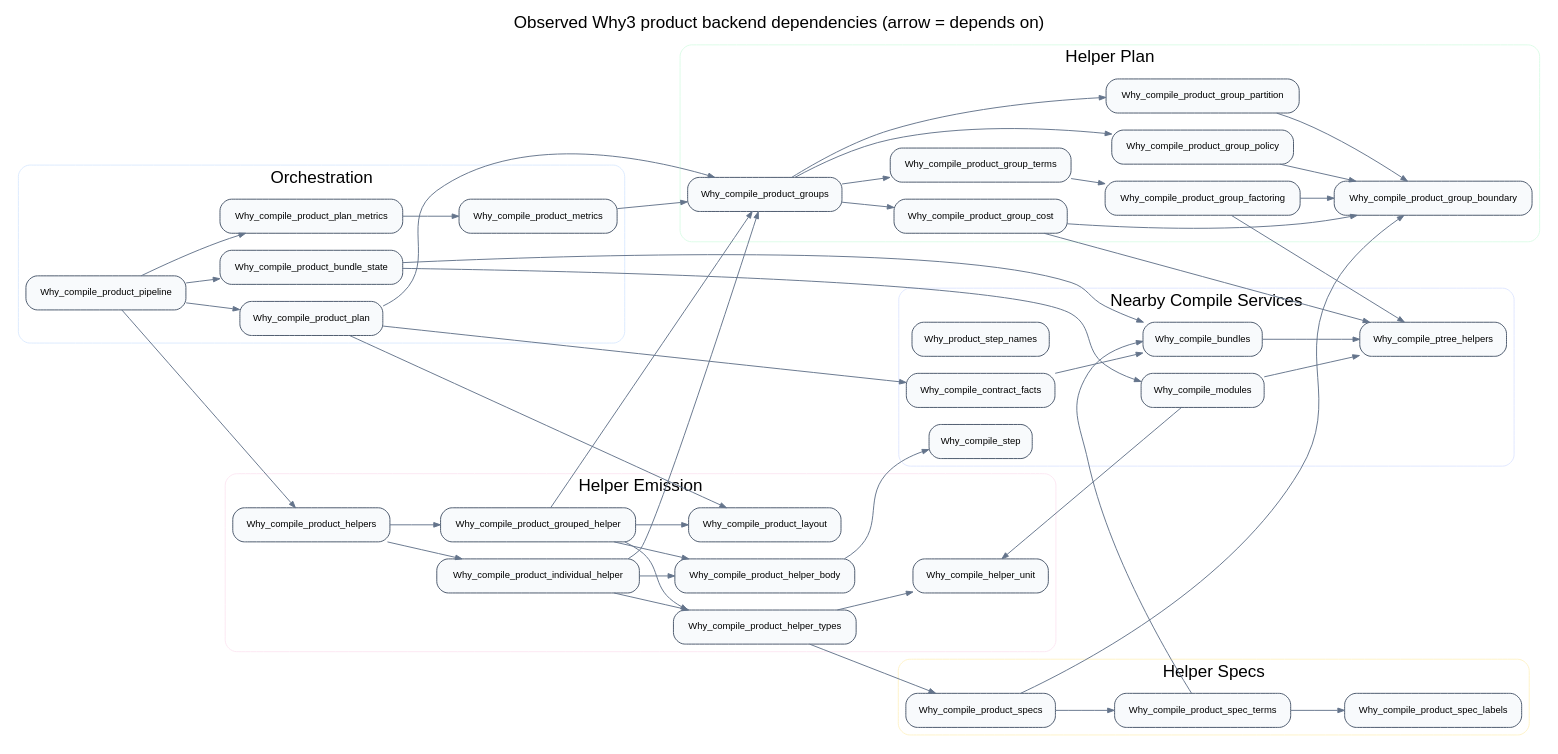
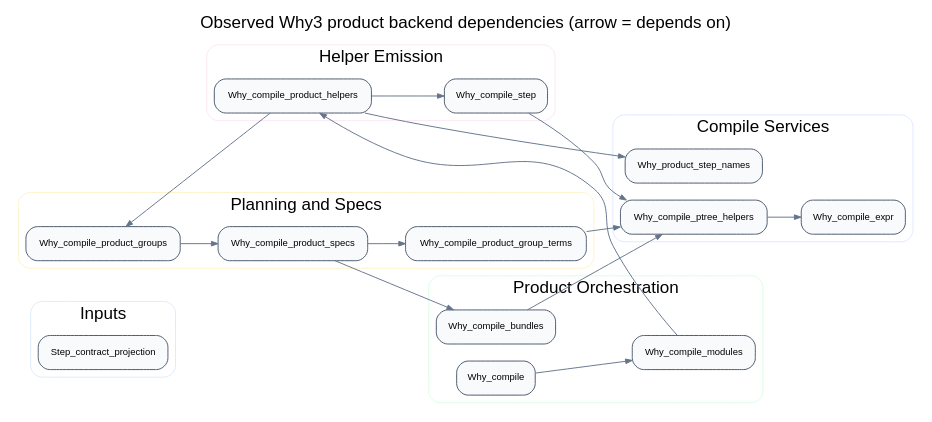
The diagram in docs/architecture/observed/why3-product-backend.dot (DabrowskiFr/Kairos), drawn with Graphviz before and after one commit. The commit also changed 15 other files, not shown here.

Commit message:
Document simplified verification architecture

```diff
--- a/docs/architecture/observed/why3-product-backend.dot
+++ b/docs/architecture/observed/why3-product-backend.dot
@@ -1,119 +1,73 @@
 digraph "why3_product_backend" {
   graph [
     rankdir=LR,
     label="Observed Why3 product backend dependencies (arrow = depends on)",
     labelloc=t,
     fontname="Helvetica",
     fontsize=18,
     compound=true,
     bgcolor="white"
   ];
   node [shape=box, style="rounded,filled", fontname="Helvetica", fontsize=10, fillcolor="#f8fafc", color="#475569"];
   edge [fontname="Helvetica", fontsize=9, color="#64748b", arrowsize=0.7];
 
   subgraph cluster_0 {
-    label="Orchestration";
+    label="Inputs";
     style="rounded,filled";
     color="#dbeafe";
     fillcolor="#ffffff";
-    "Why_compile_product_pipeline" [label="Why_compile_product_pipeline"];
-    "Why_compile_product_bundle_state" [label="Why_compile_product_bundle_state"];
-    "Why_compile_product_plan" [label="Why_compile_product_plan"];
-    "Why_compile_product_plan_metrics" [label="Why_compile_product_plan_metrics"];
-    "Why_compile_product_metrics" [label="Why_compile_product_metrics"];
+    "Step_contract_projection" [label="Step_contract_projection"];
   }
 
   subgraph cluster_1 {
-    label="Helper Plan";
+    label="Product Orchestration";
     style="rounded,filled";
     color="#dcfce7";
     fillcolor="#ffffff";
-    "Why_compile_product_groups" [label="Why_compile_product_groups"];
-    "Why_compile_product_group_partition" [label="Why_compile_product_group_partition"];
-    "Why_compile_product_group_policy" [label="Why_compile_product_group_policy"];
-    "Why_compile_product_group_terms" [label="Why_compile_product_group_terms"];
-    "Why_compile_product_group_factoring" [label="Why_compile_product_group_factoring"];
-    "Why_compile_product_group_cost" [label="Why_compile_product_group_cost"];
-    "Why_compile_product_group_boundary" [label="Why_compile_product_group_boundary"];
+    "Why_compile" [label="Why_compile"];
+    "Why_compile_bundles" [label="Why_compile_bundles"];
+    "Why_compile_modules" [label="Why_compile_modules"];
   }
 
   subgraph cluster_2 {
-    label="Helper Specs";
+    label="Planning and Specs";
     style="rounded,filled";
     color="#fef3c7";
     fillcolor="#ffffff";
+    "Why_compile_product_groups" [label="Why_compile_product_groups"];
+    "Why_compile_product_group_terms" [label="Why_compile_product_group_terms"];
     "Why_compile_product_specs" [label="Why_compile_product_specs"];
-    "Why_compile_product_spec_terms" [label="Why_compile_product_spec_terms"];
-    "Why_compile_product_spec_labels" [label="Why_compile_product_spec_labels"];
   }
 
   subgraph cluster_3 {
     label="Helper Emission";
     style="rounded,filled";
     color="#fce7f3";
     fillcolor="#ffffff";
     "Why_compile_product_helpers" [label="Why_compile_product_helpers"];
-    "Why_compile_product_individual_helper" [label="Why_compile_product_individual_helper"];
-    "Why_compile_product_grouped_helper" [label="Why_compile_product_grouped_helper"];
-    "Why_compile_helper_unit" [label="Why_compile_helper_unit"];
-    "Why_compile_product_helper_types" [label="Why_compile_product_helper_types"];
-    "Why_compile_product_helper_body" [label="Why_compile_product_helper_body"];
-    "Why_compile_product_layout" [label="Why_compile_product_layout"];
+    "Why_compile_step" [label="Why_compile_step"];
   }
 
   subgraph cluster_4 {
-    label="Nearby Compile Services";
+    label="Compile Services";
     style="rounded,filled";
     color="#e0e7ff";
     fillcolor="#ffffff";
+    "Why_compile_ptree_helpers" [label="Why_compile_ptree_helpers"];
+    "Why_compile_expr" [label="Why_compile_expr"];
     "Why_product_step_names" [label="Why_product_step_names"];
-    "Why_compile_contract_facts" [label="Why_compile_contract_facts"];
-    "Why_compile_step" [label="Why_compile_step"];
-    "Why_compile_bundles" [label="Why_compile_bundles"];
-    "Why_compile_modules" [label="Why_compile_modules"];
-    "Why_compile_ptree_helpers" [label="Why_compile_ptree_helpers"];
   }
 
+  "Why_compile" -> "Why_compile_modules";
   "Why_compile_bundles" -> "Why_compile_ptree_helpers";
-  "Why_compile_contract_facts" -> "Why_compile_bundles";
-  "Why_compile_modules" -> "Why_compile_helper_unit";
-  "Why_compile_modules" -> "Why_compile_ptree_helpers";
-  "Why_compile_product_bundle_state" -> "Why_compile_bundles";
-  "Why_compile_product_bundle_state" -> "Why_compile_modules";
-  "Why_compile_product_group_cost" -> "Why_compile_product_group_boundary";
-  "Why_compile_product_group_cost" -> "Why_compile_ptree_helpers";
-  "Why_compile_product_group_factoring" -> "Why_compile_product_group_boundary";
-  "Why_compile_product_group_factoring" -> "Why_compile_ptree_helpers";
-  "Why_compile_product_group_partition" -> "Why_compile_product_group_boundary";
-  "Why_compile_product_group_policy" -> "Why_compile_product_group_boundary";
-  "Why_compile_product_group_terms" -> "Why_compile_product_group_factoring";
-  "Why_compile_product_grouped_helper" -> "Why_compile_product_groups";
-  "Why_compile_product_grouped_helper" -> "Why_compile_product_helper_body";
-  "Why_compile_product_grouped_helper" -> "Why_compile_product_helper_types";
-  "Why_compile_product_grouped_helper" -> "Why_compile_product_layout";
-  "Why_compile_product_groups" -> "Why_compile_product_group_cost";
-  "Why_compile_product_groups" -> "Why_compile_product_group_partition";
-  "Why_compile_product_groups" -> "Why_compile_product_group_policy";
-  "Why_compile_product_groups" -> "Why_compile_product_group_terms";
-  "Why_compile_product_helper_body" -> "Why_compile_step";
-  "Why_compile_product_helper_types" -> "Why_compile_helper_unit";
-  "Why_compile_product_helper_types" -> "Why_compile_product_specs";
-  "Why_compile_product_helpers" -> "Why_compile_product_grouped_helper";
-  "Why_compile_product_helpers" -> "Why_compile_product_individual_helper";
-  "Why_compile_product_individual_helper" -> "Why_compile_product_groups";
-  "Why_compile_product_individual_helper" -> "Why_compile_product_helper_body";
-  "Why_compile_product_individual_helper" -> "Why_compile_product_helper_types";
-  "Why_compile_product_metrics" -> "Why_compile_product_groups";
-  "Why_compile_product_pipeline" -> "Why_compile_product_bundle_state";
-  "Why_compile_product_pipeline" -> "Why_compile_product_helpers";
-  "Why_compile_product_pipeline" -> "Why_compile_product_plan";
-  "Why_compile_product_pipeline" -> "Why_compile_product_plan_metrics";
-  "Why_compile_product_plan" -> "Why_compile_contract_facts";
-  "Why_compile_product_plan" -> "Why_compile_product_groups";
-  "Why_compile_product_plan" -> "Why_compile_product_layout";
-  "Why_compile_product_plan_metrics" -> "Why_compile_product_metrics";
-  "Why_compile_product_spec_terms" -> "Why_compile_bundles";
-  "Why_compile_product_spec_terms" -> "Why_compile_product_spec_labels";
-  "Why_compile_product_specs" -> "Why_compile_product_group_boundary";
-  "Why_compile_product_specs" -> "Why_compile_product_spec_terms";
+  "Why_compile_modules" -> "Why_compile_product_helpers";
+  "Why_compile_product_group_terms" -> "Why_compile_ptree_helpers";
+  "Why_compile_product_groups" -> "Why_compile_product_specs";
+  "Why_compile_product_helpers" -> "Why_compile_product_groups";
+  "Why_compile_product_helpers" -> "Why_compile_step";
+  "Why_compile_product_helpers" -> "Why_product_step_names";
+  "Why_compile_product_specs" -> "Why_compile_bundles";
+  "Why_compile_product_specs" -> "Why_compile_product_group_terms";
+  "Why_compile_ptree_helpers" -> "Why_compile_expr";
+  "Why_compile_step" -> "Why_compile_ptree_helpers";
 }
```
